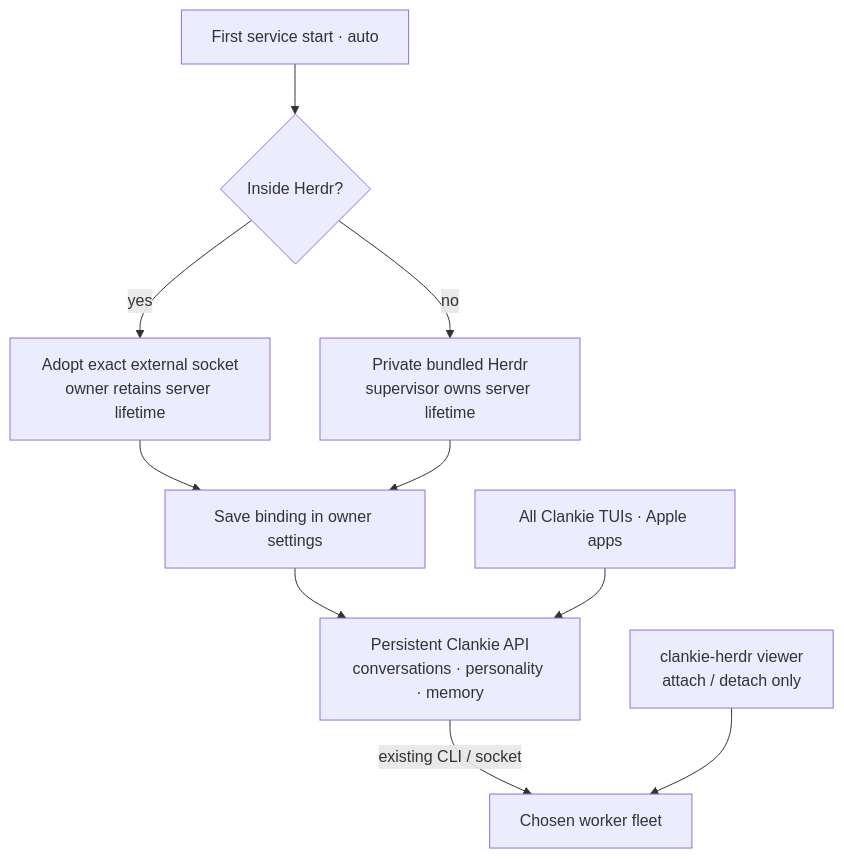
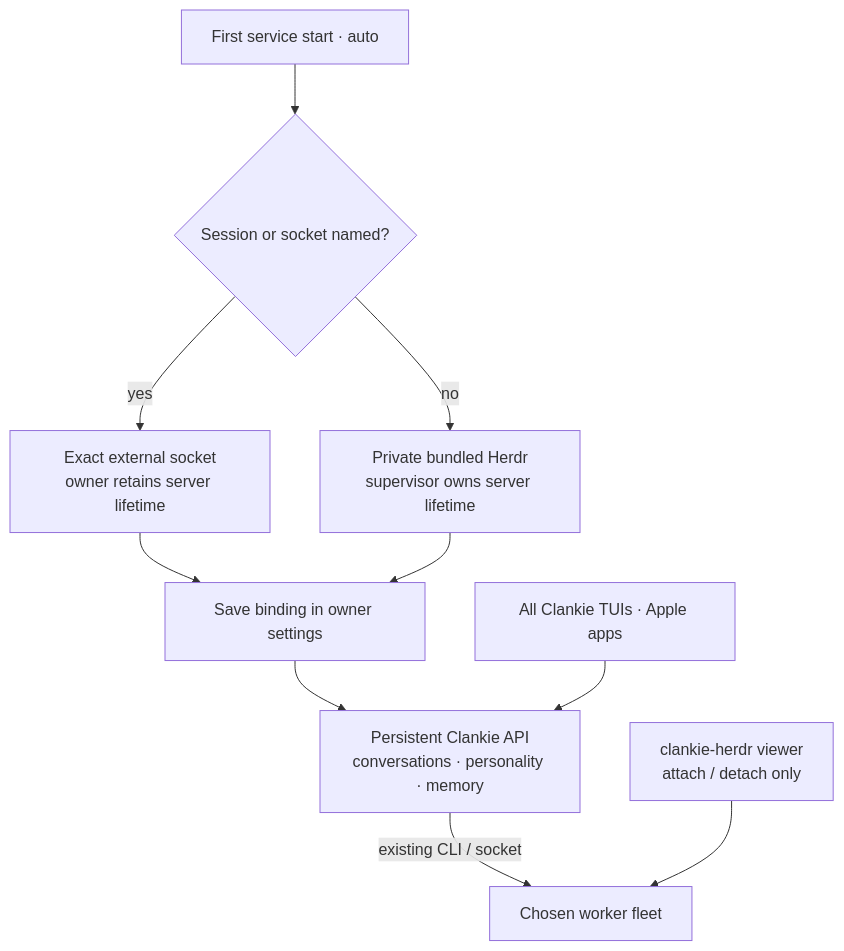
Before and after one commit to Volpestyle/clankie: the diagram in docs/adr/0157-herdr-is-an-owned-runtime.md, drawn with Mermaid. The commit also changed other lines of this file and 8 other files, not shown here.

First line of the commit message:
feat(herdr): the fleet is Clankie's own session

````diff
--- a/docs/adr/0157-herdr-is-an-owned-runtime.md
+++ b/docs/adr/0157-herdr-is-an-owned-runtime.md
@@ -22,16 +22,16 @@
 ```mermaid
 flowchart TD
-    start["First service start · auto"] --> inside{"Inside Herdr?"}
-    inside -->|yes| external["Adopt exact external socket
+    start["First service start · auto"] --> named{"Session or socket named?"}
+    named -->|yes| external["Exact external socket
 owner retains server lifetime"]
-    inside -->|no| owned["Private bundled Herdr
+    named -->|no| owned["Private bundled Herdr
 supervisor owns server lifetime"]
     external --> saved["Save binding in owner settings"]
     owned --> saved
     saved --> service["Persistent Clankie API
 conversations · personality · memory"]
     clients["All Clankie TUIs · Apple apps"] --> service
     service -->|"existing CLI / socket"| fleet["Chosen worker fleet"]
     viewer["clankie-herdr viewer
 attach / detach only"] --> fleet
 ```
````
